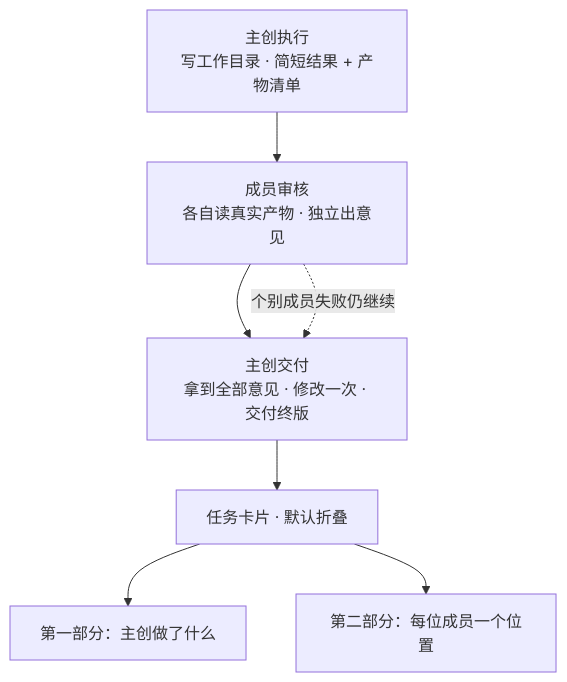
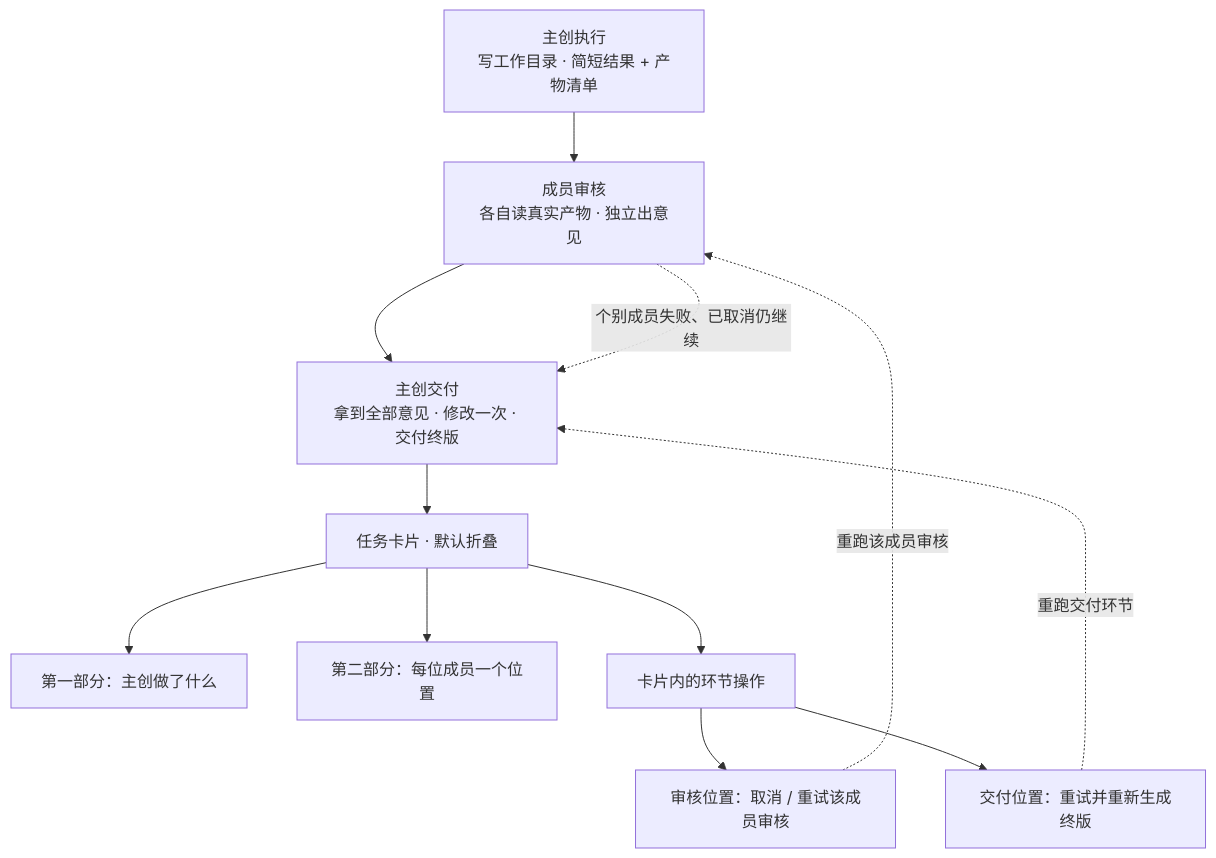
Before and after one commit to BinaryAlan/ai-atelier: the second of 2 diagrams in docs/task-review-protocol.md, drawn with Mermaid. The commit also changed other lines of this file, not shown here.

````diff
--- a/docs/task-review-protocol.md
+++ b/docs/task-review-protocol.md
@@ -246,9 +252,14 @@
 ```mermaid
 flowchart TD
     A["主创执行<br/>写工作目录 · 简短结果 + 产物清单"] --> B["成员审核<br/>各自读真实产物 · 独立出意见"]
     B --> C["主创交付<br/>拿到全部意见 · 修改一次 · 交付终版"]
     C --> D["任务卡片 · 默认折叠"]
     D --> E["第一部分：主创做了什么"]
     D --> F["第二部分：每位成员一个位置"]
-    B -.->|"个别成员失败仍继续"| C
+    D --> G["卡片内的环节操作"]
+    G --> G1["审核位置：取消 / 重试该成员审核"]
+    G --> G2["交付位置：重试并重新生成终版"]
+    G1 -.->|"重跑该成员审核"| B
+    G2 -.->|"重跑交付环节"| C
+    B -.->|"个别成员失败、已取消仍继续"| C
 ```
````
